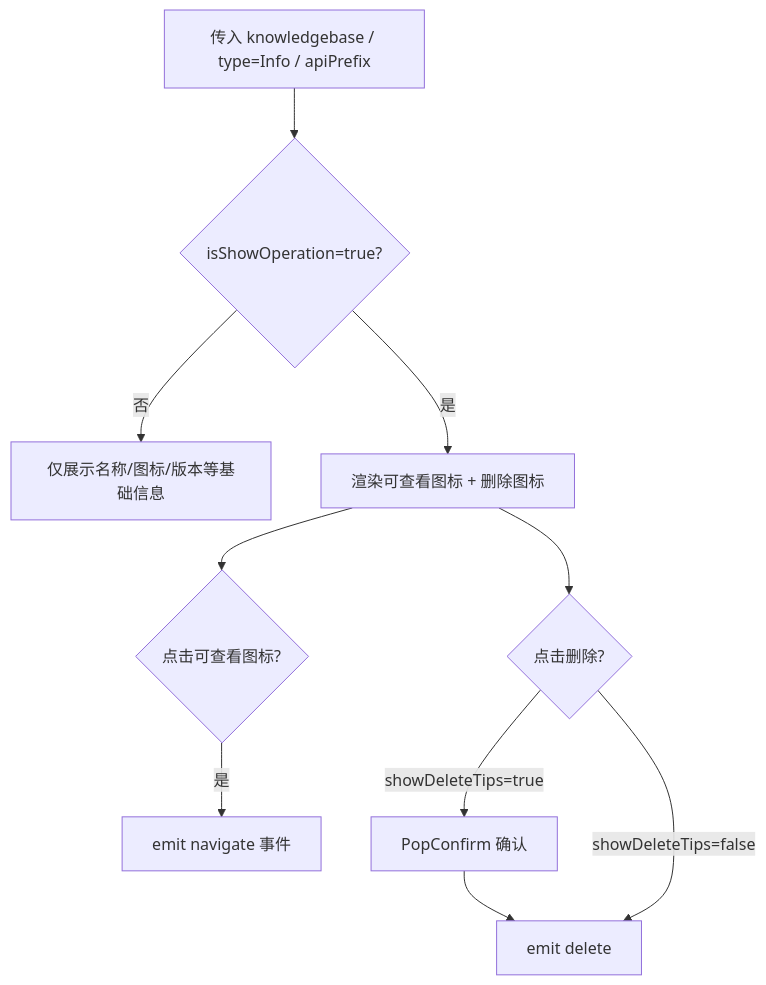
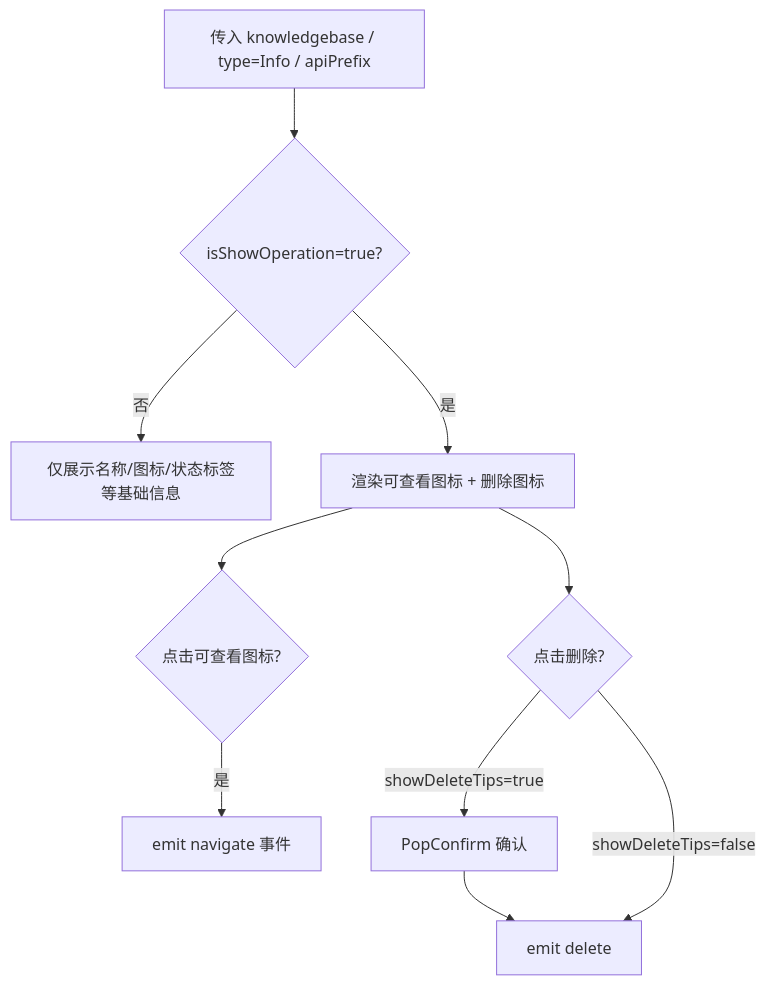
Before and after one commit to TencentBlueKing/bk-monitor: the second of 3 diagrams in bkmonitor/webpack/src/trace/pages/ai-config/components/analysis-config-sideslider/ai-ui-sdk-card-usage.md, drawn with Mermaid. The commit also changed other lines of this file and 17 other files, not shown here.

````diff
--- a/bkmonitor/webpack/src/trace/pages/ai-config/components/analysis-config-sideslider/ai-ui-sdk-card-usage.md
+++ b/bkmonitor/webpack/src/trace/pages/ai-config/components/analysis-config-sideslider/ai-ui-sdk-card-usage.md
@@ -551,12 +497,12 @@
 ```mermaid
 flowchart TD
     A[传入 knowledgebase / type=Info / apiPrefix] --> B{isShowOperation=true?}
-    B -->|否| C[仅展示名称/图标/版本等基础信息]
+    B -->|否| C[仅展示名称/图标/状态标签等基础信息]
     B -->|是| D[渲染可查看图标 + 删除图标]
     D --> E{点击可查看图标?}
     E -->|是| F[emit navigate 事件]
     D --> G{点击删除?}
     G -->|showDeleteTips=true| H[PopConfirm 确认]
     H --> I[emit delete]
     G -->|showDeleteTips=false| I
 ```
````
